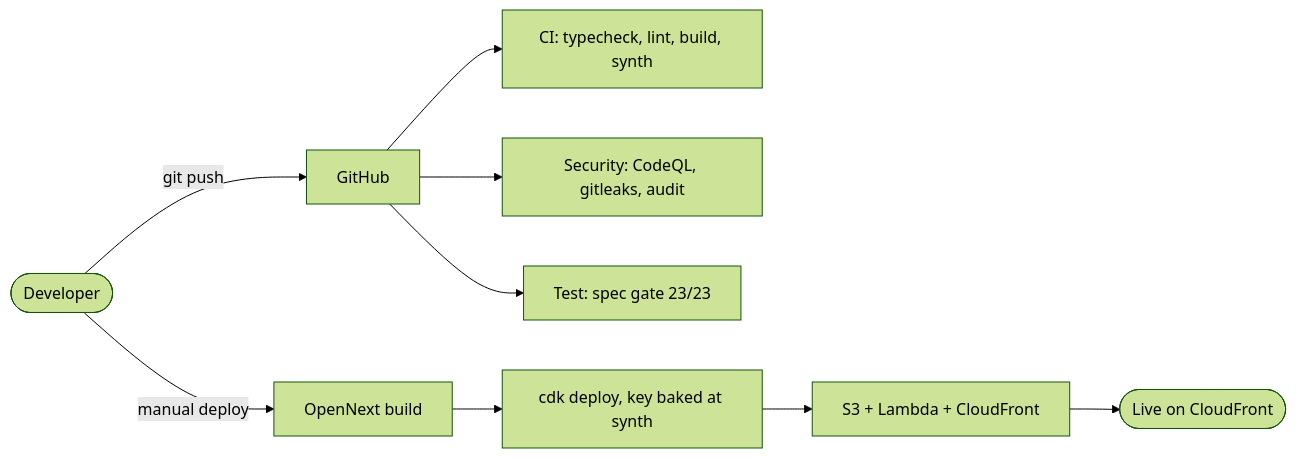
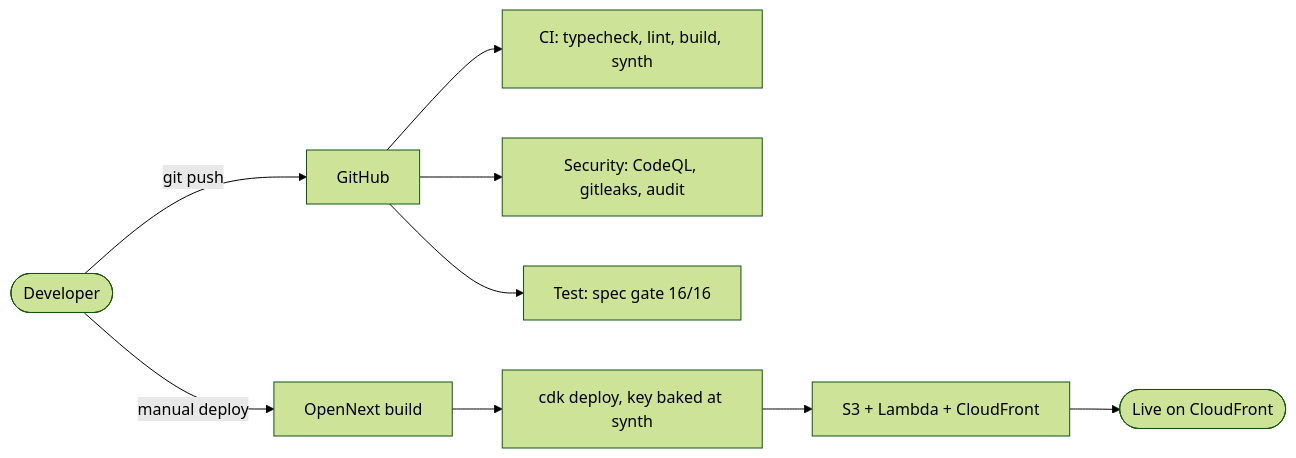
The sixth of 6 diagrams in README.md (elleskay/insurance-dashboard), drawn with Mermaid (forest theme) before and after one commit. The commit also changed other lines of this file and 28 other files, not shown here.

````diff
--- a/README.md
+++ b/README.md
@@ -218,11 +191,11 @@
 ```mermaid
 flowchart LR
     Dev([Developer]) -->|git push| GH[GitHub]
     GH --> CI[CI: typecheck, lint, build, synth]
     GH --> Sec[Security: CodeQL, gitleaks, audit]
-    GH --> Test[Test: spec gate 23/23]
+    GH --> Test[Test: spec gate 16/16]
     Dev -->|manual deploy| Build[OpenNext build]
     Build --> CDK[cdk deploy, key baked at synth]
     CDK --> Infra[S3 + Lambda + CloudFront]
     Infra --> Live([Live on CloudFront])
 ```
````
